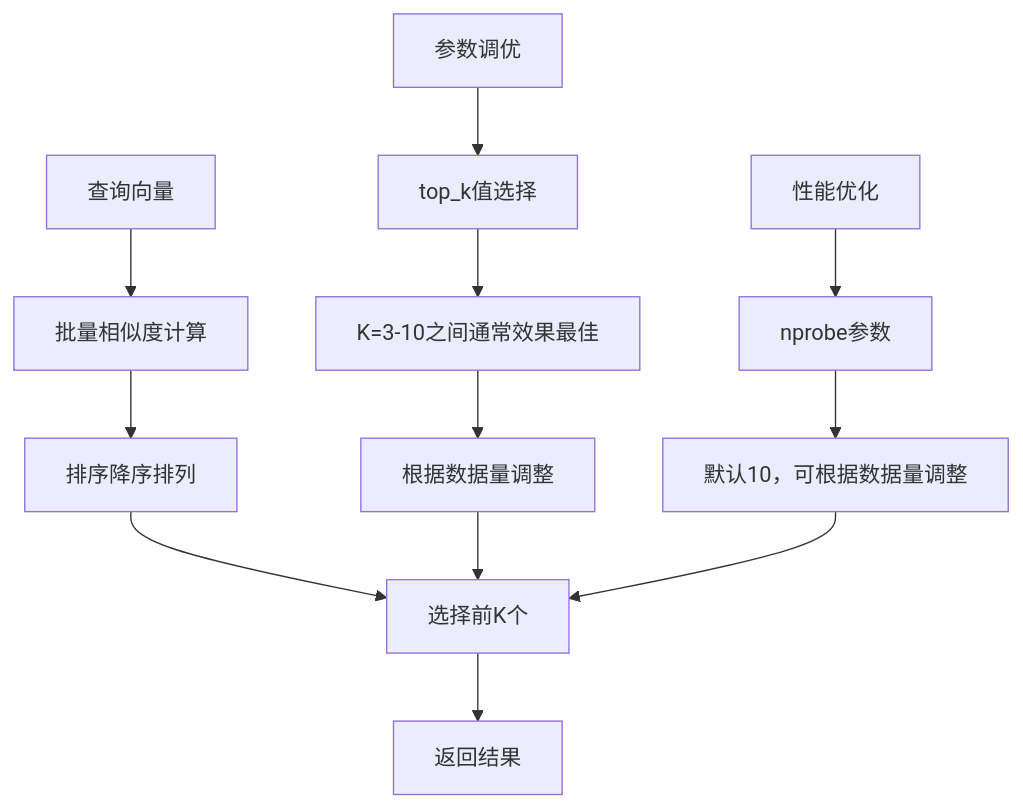
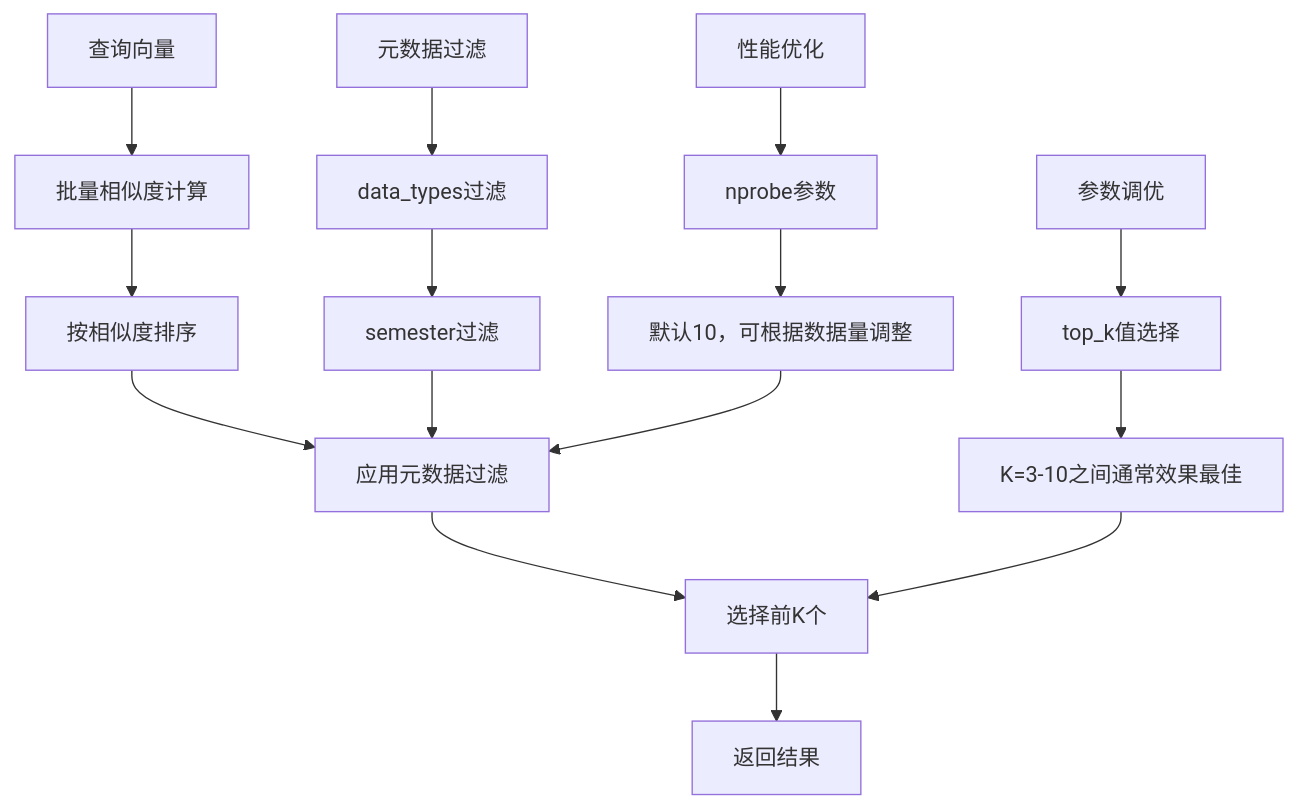
Before and after one commit to ghbbn053-ship-itsoulddog/soulddog: diagram 12 of 22 in .qoder/repowiki/zh/content/AI智能问答系统/RAG架构设计.md, drawn with Mermaid. The commit also changed other lines of this file and 119 other files, not shown here.

````diff
--- a/.qoder/repowiki/zh/content/AI智能问答系统/RAG架构设计.md
+++ b/.qoder/repowiki/zh/content/AI智能问答系统/RAG架构设计.md
@@ -469,14 +485,17 @@
 ```mermaid
 flowchart TD
 A[查询向量] --> B[批量相似度计算]
-B --> C[排序降序排列]
-C --> D[选择前K个]
-D --> E[返回结果]
-F[参数调优] --> G[top_k值选择]
-G --> H[K=3-10之间通常效果最佳]
-H --> I[根据数据量调整]
+B --> C[按相似度排序]
+C --> D[应用元数据过滤]
+D --> E[选择前K个]
+E --> F[返回结果]
+G[元数据过滤] --> H[data_types过滤]
+H --> I[semester过滤]
 I --> D
-J[性能优化] --> K[nprobe参数]
-K --> L[默认10，可根据数据量调整]
-L --> D
+J[参数调优] --> K[top_k值选择]
+K --> L[K=3-10之间通常效果最佳]
+L --> E
+M[性能优化] --> N[nprobe参数]
+N --> O[默认10，可根据数据量调整]
+O --> D
 ```
````
